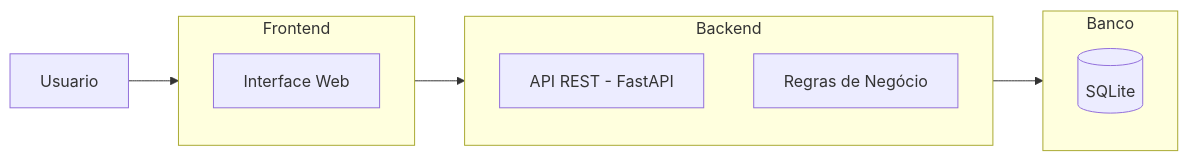
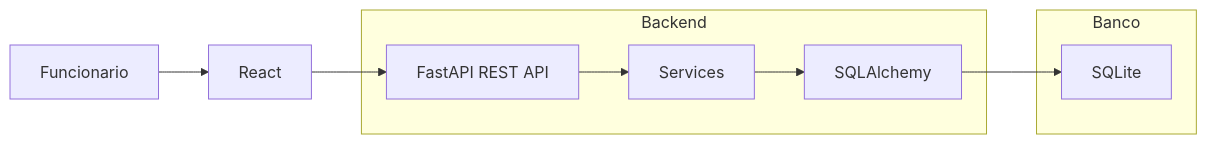
The first of 3 diagrams in docs/arquitetura.md (mariana097/assistencia-tecnica), drawn with Mermaid before and after one commit. The commit also changed other lines of this file and 3 other files, not shown here.

````diff
--- a/docs/arquitetura.md
+++ b/docs/arquitetura.md
@@ -7,19 +9,20 @@
 ```mermaid
 flowchart LR
-    Usuario --> Frontend
-    Frontend --> Backend
-    Backend --> Banco
 
-    subgraph Frontend
-        UI[Interface Web]
-    end
+    Funcionario --> React
+    React --> API
 
     subgraph Backend
-        API[API REST - FastAPI]
-        Regras[Regras de Negócio]
+        API["FastAPI REST API"]
+        Service["Services"]
+        ORM["SQLAlchemy"]
     end
 
     subgraph Banco
-        DB[(SQLite)]
+        DB["SQLite"]
     end
+
+    API --> Service
+    Service --> ORM
+    ORM --> DB
 ```
````
